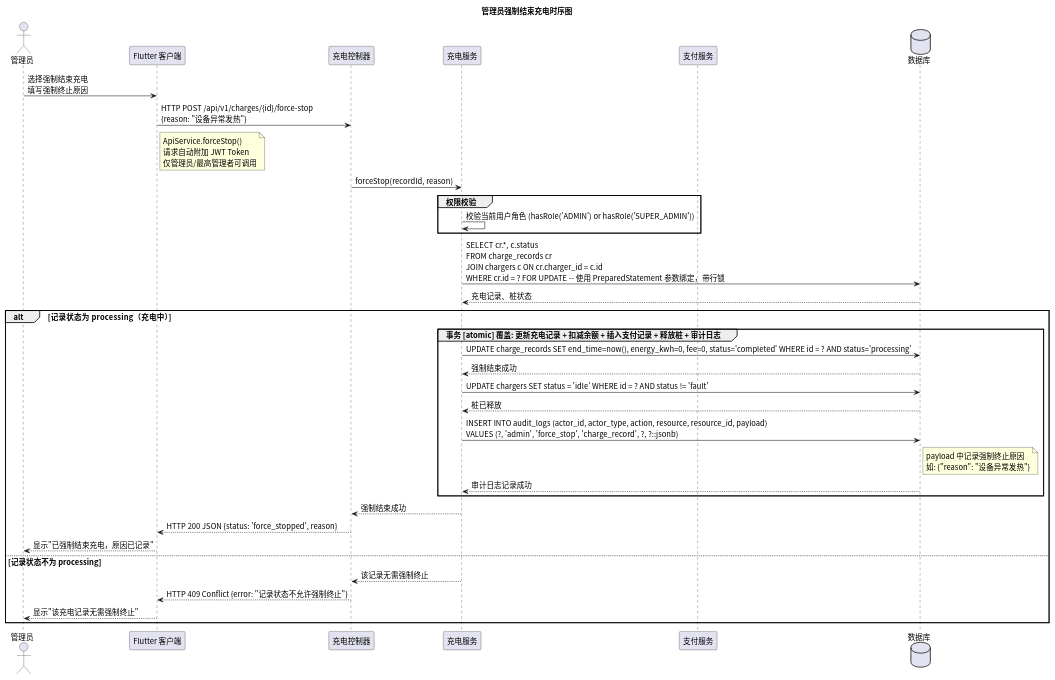
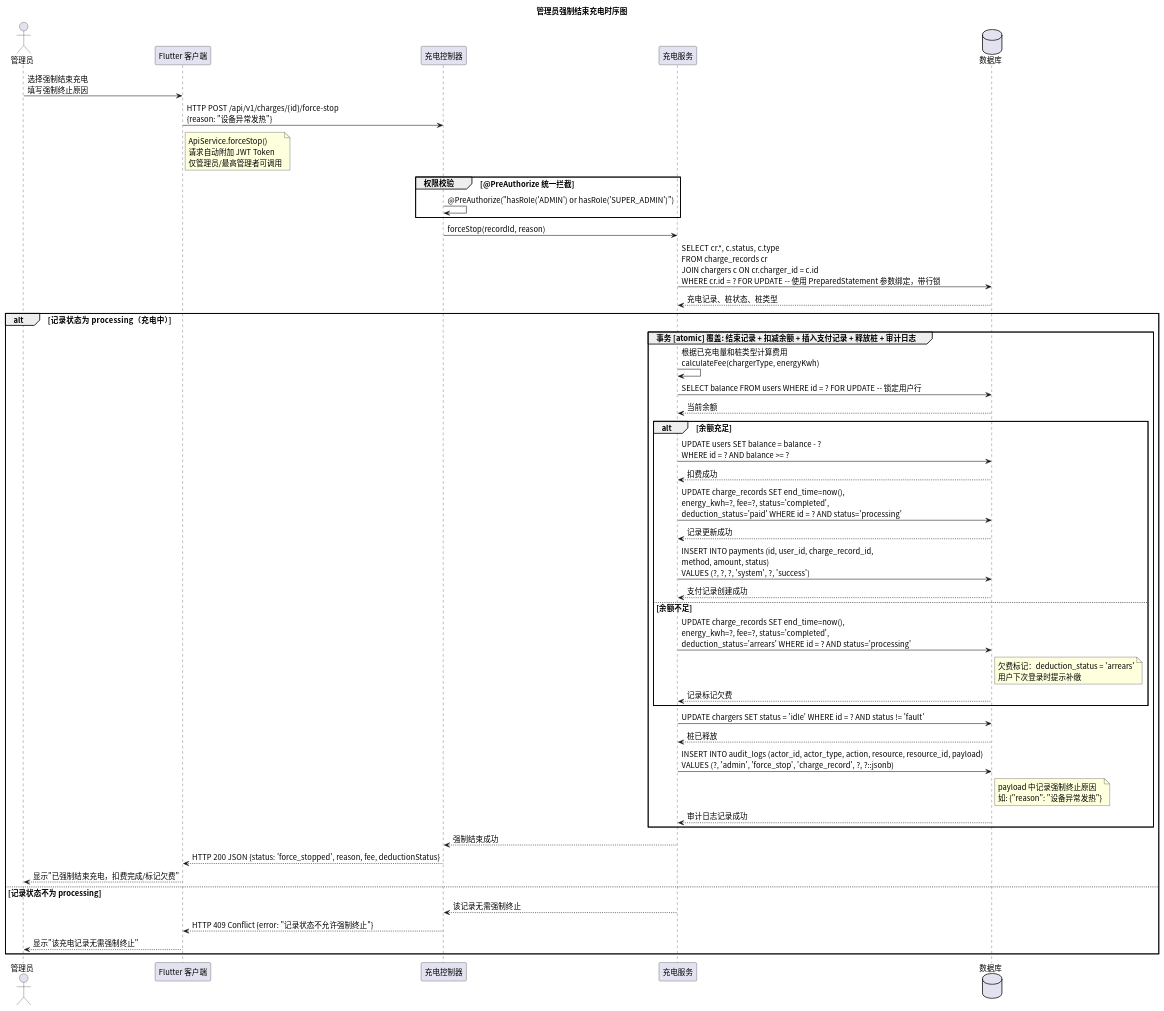
Before and after one commit to greenhandzdl/charging-station-doc: the diagram in time/src/sequence_force_stop.puml, drawn with PlantUML. The commit also changed 30 other files, not shown here.

First line of the commit message:
fix: 架构评估修复 — 状态图/ER图/用例图修正、安全漏洞修复

```diff
--- a/time/src/sequence_force_stop.puml
+++ b/time/src/sequence_force_stop.puml
@@ -1,48 +1,64 @@
 @startuml
 skinparam defaultFontName "Noto Sans CJK SC"
 skinparam defaultFontSize 14
 title 管理员强制结束充电时序图
 
 ' 所有 SQL 操作使用 PreparedStatement 参数绑定，禁止字符串拼接
 actor 管理员 as Admin
 participant "Flutter 客户端" as FE
 participant "充电控制器" as Ctrl
 participant "充电服务" as Service
-participant "支付服务" as Pay
 database 数据库 as DB
 
 Admin -> FE: 选择强制结束充电\n填写强制终止原因
 FE -> Ctrl: HTTP POST /api/v1/charges/{id}/force-stop\n{reason: "设备异常发热"}
 note right FE : ApiService.forceStop()\n请求自动附加 JWT Token\n仅管理员/最高管理者可调用
 
+group 权限校验 [@PreAuthorize 统一拦截]
+  Ctrl -> Ctrl: @PreAuthorize("hasRole('ADMIN') or hasRole('SUPER_ADMIN')")
+end
+
 Ctrl -> Service: forceStop(recordId, reason)
 
-group 权限校验
-  Service -> Service: 校验当前用户角色 (hasRole('ADMIN') or hasRole('SUPER_ADMIN'))
-end
-
-Service -> DB: SELECT cr.*, c.status\nFROM charge_records cr\nJOIN chargers c ON cr.charger_id = c.id\nWHERE cr.id = ? FOR UPDATE -- 使用 PreparedStatement 参数绑定，带行锁
-DB --> Service: 充电记录、桩状态
+Service -> DB: SELECT cr.*, c.status, c.type\nFROM charge_records cr\nJOIN chargers c ON cr.charger_id = c.id\nWHERE cr.id = ? FOR UPDATE -- 使用 PreparedStatement 参数绑定，带行锁
+DB --> Service: 充电记录、桩状态、桩类型
 
 alt 记录状态为 processing（充电中）
-  group 事务 [atomic] 覆盖: 更新充电记录 + 扣减余额 + 插入支付记录 + 释放桩 + 审计日志
-    Service -> DB: UPDATE charge_records SET end_time=now(), energy_kwh=0, fee=0, status='completed' WHERE id = ? AND status='processing'
-    DB --> Service: 强制结束成功
+  group 事务 [atomic] 覆盖: 结束记录 + 扣减余额 + 插入支付记录 + 释放桩 + 审计日志
+    Service -> Service: 根据已充电量和桩类型计算费用\ncalculateFee(chargerType, energyKwh)
+
+    Service -> DB: SELECT balance FROM users WHERE id = ? FOR UPDATE -- 锁定用户行
+    DB --> Service: 当前余额
+
+    alt 余额充足
+      Service -> DB: UPDATE users SET balance = balance - ?\nWHERE id = ? AND balance >= ?
+      DB --> Service: 扣费成功
+
+      Service -> DB: UPDATE charge_records SET end_time=now(),\nenergy_kwh=?, fee=?, status='completed',\ndeduction_status='paid' WHERE id = ? AND status='processing'
+      DB --> Service: 记录更新成功
+
+      Service -> DB: INSERT INTO payments (id, user_id, charge_record_id,\nmethod, amount, status)\nVALUES (?, ?, ?, 'system', ?, 'success')
+      DB --> Service: 支付记录创建成功
+    else 余额不足
+      Service -> DB: UPDATE charge_records SET end_time=now(),\nenergy_kwh=?, fee=?, status='completed',\ndeduction_status='arrears' WHERE id = ? AND status='processing'
+      note right DB : 欠费标记：deduction_status = 'arrears'\n用户下次登录时提示补缴
+      DB --> Service: 记录标记欠费
+    end
 
     Service -> DB: UPDATE chargers SET status = 'idle' WHERE id = ? AND status != 'fault'
     DB --> Service: 桩已释放
 
     Service -> DB: INSERT INTO audit_logs (actor_id, actor_type, action, resource, resource_id, payload)\nVALUES (?, 'admin', 'force_stop', 'charge_record', ?, ?::jsonb)
     note right DB : payload 中记录强制终止原因\n如: {"reason": "设备异常发热"}
     DB --> Service: 审计日志记录成功
   end
 
   Service --> Ctrl: 强制结束成功
-  Ctrl --> FE: HTTP 200 JSON {status: 'force_stopped', reason}
-  FE --> Admin: 显示"已强制结束充电，原因已记录"
+  Ctrl --> FE: HTTP 200 JSON {status: 'force_stopped', reason, fee, deductionStatus}
+  FE --> Admin: 显示"已强制结束充电，扣费完成/标记欠费"
 else 记录状态不为 processing
   Service --> Ctrl: 该记录无需强制终止
   Ctrl --> FE: HTTP 409 Conflict {error: "记录状态不允许强制终止"}
   FE --> Admin: 显示"该充电记录无需强制终止"
 end
 @enduml
```
